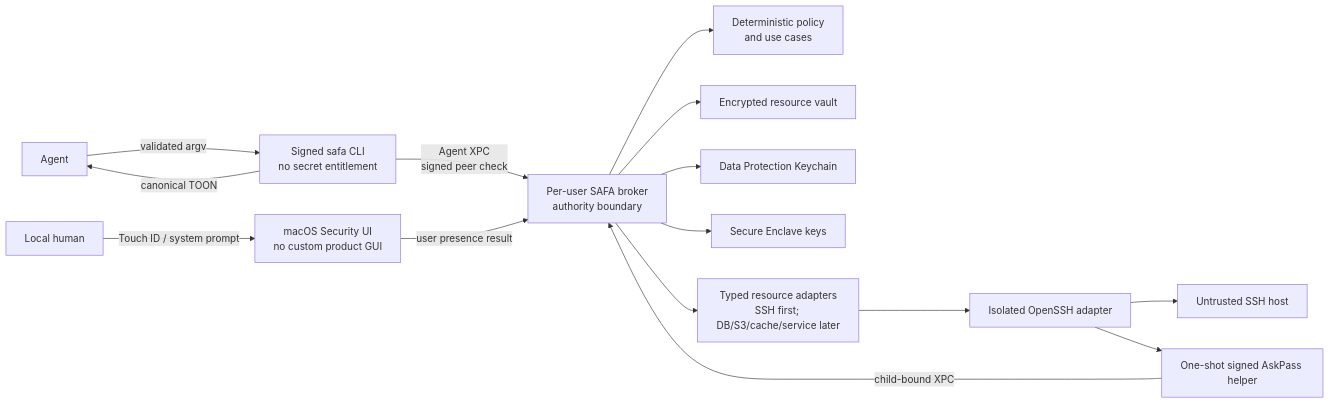
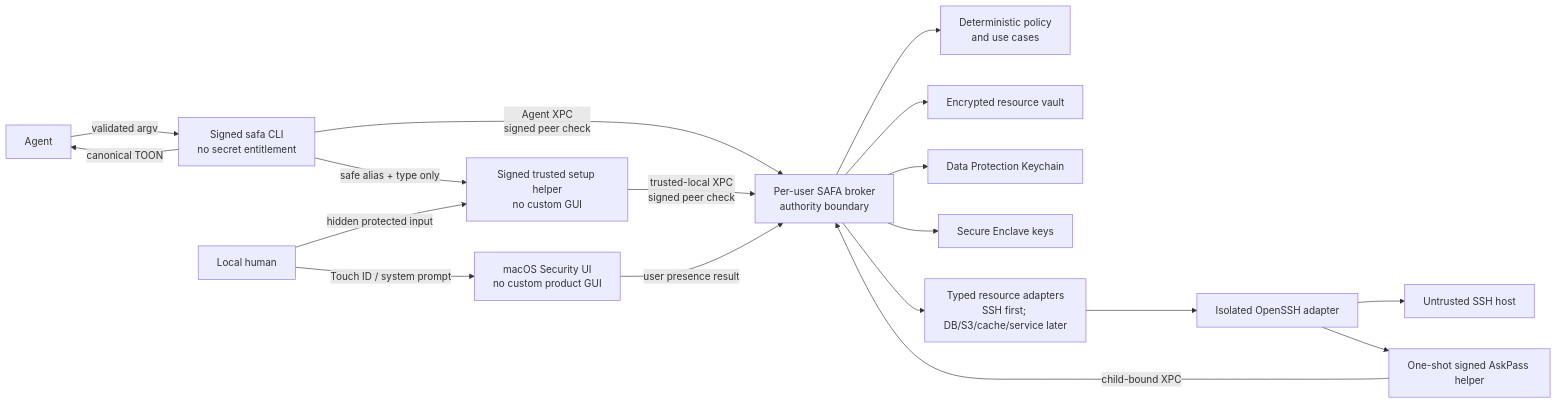
One commit to juju-w/safa-runtime changed the second of 2 diagrams in ARCHITECTURE.md. Above: the diagram before and after it, drawn with Mermaid. The commit also changed other lines of this file and 32 other files, not shown here.

````diff
--- a/ARCHITECTURE.md
+++ b/ARCHITECTURE.md
@@ -104,17 +107,20 @@
 ```mermaid
 flowchart LR
     Agent["Agent"] -->|validated argv| CLI["Signed safa CLI\nno secret entitlement"]
     CLI -->|canonical TOON| Agent
     CLI -->|Agent XPC\nsigned peer check| Broker["Per-user SAFA broker\nauthority boundary"]
+    CLI -->|safe alias + type only| Setup["Signed trusted setup helper\nno custom GUI"]
     Human["Local human"] -->|Touch ID / system prompt| Native["macOS Security UI\nno custom product GUI"]
+    Human -->|hidden protected input| Setup
+    Setup -->|trusted-local XPC\nsigned peer check| Broker
     Native -->|user presence result| Broker
     Broker --> Policy["Deterministic policy\nand use cases"]
     Broker --> Vault["Encrypted resource vault"]
     Broker --> Keychain["Data Protection Keychain"]
     Broker --> Enclave["Secure Enclave keys"]
     Broker --> Adapters["Typed resource adapters\nSSH first; DB/S3/cache/service later"]
     Adapters --> SSH["Isolated OpenSSH adapter"]
     SSH --> Remote["Untrusted SSH host"]
     SSH --> AskPass["One-shot signed AskPass helper"]
     AskPass -->|child-bound XPC| Broker
 ```
````
